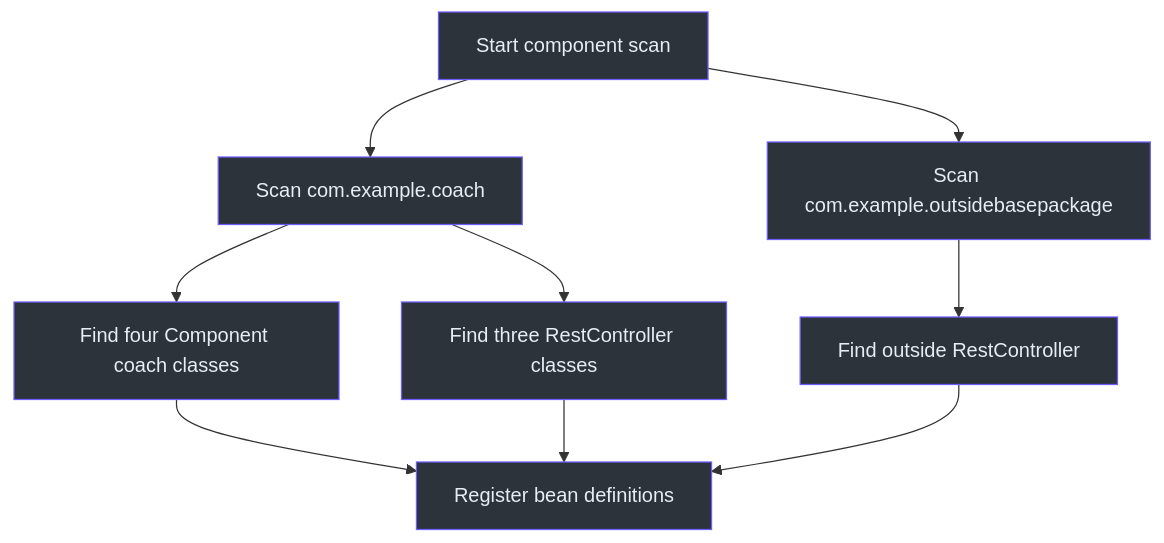
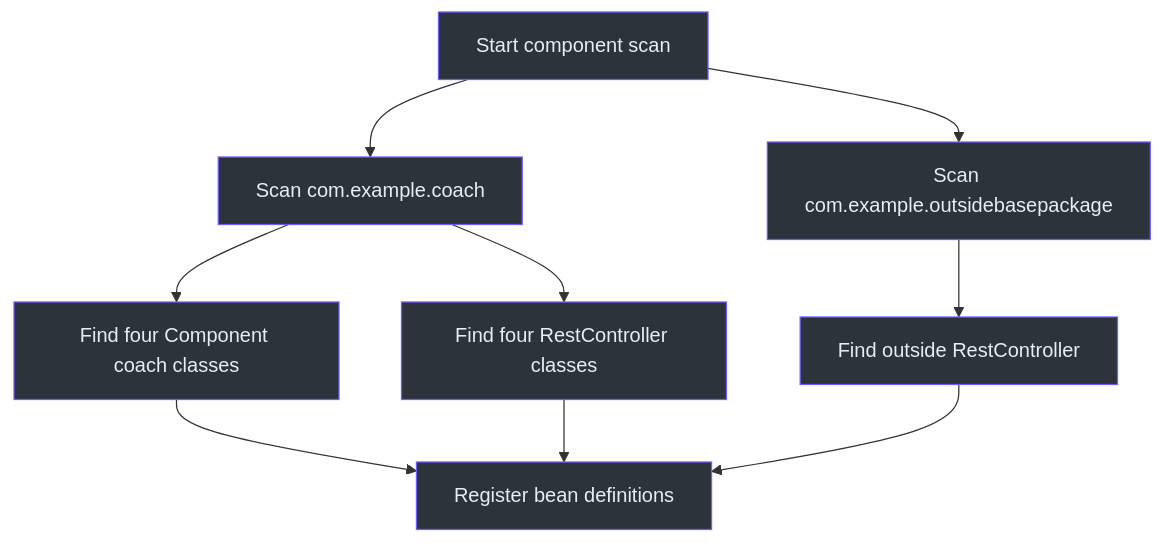
One commit to namelessnode/springboot4-chad-darby changed the third of 8 diagrams in 02-spring-boot-core/coach/notes.md. Above: the diagram before and after it, drawn with Mermaid. The commit also changed other lines of this file and 8 other files, not shown here.

````diff
--- a/02-spring-boot-core/coach/notes.md
+++ b/02-spring-boot-core/coach/notes.md
@@ -203,13 +207,13 @@
 ```mermaid
 flowchart TD
     Start[Start component scan] --> Root1[Scan com.example.coach]
     Start --> Root2[Scan com.example.outsidebasepackage]
     Root1 --> Coaches[Find four Component coach classes]
-    Root1 --> LocalControllers[Find three RestController classes]
+    Root1 --> LocalControllers[Find four RestController classes]
     Root2 --> OutsideController[Find outside RestController]
     Coaches --> Register[Register bean definitions]
     LocalControllers --> Register
     OutsideController --> Register
     classDef dark fill:#2d333b,stroke:#6d5dfc,color:#e6edf3
     class Start,Root1,Root2,Coaches,LocalControllers,OutsideController,Register dark
 ```
````
